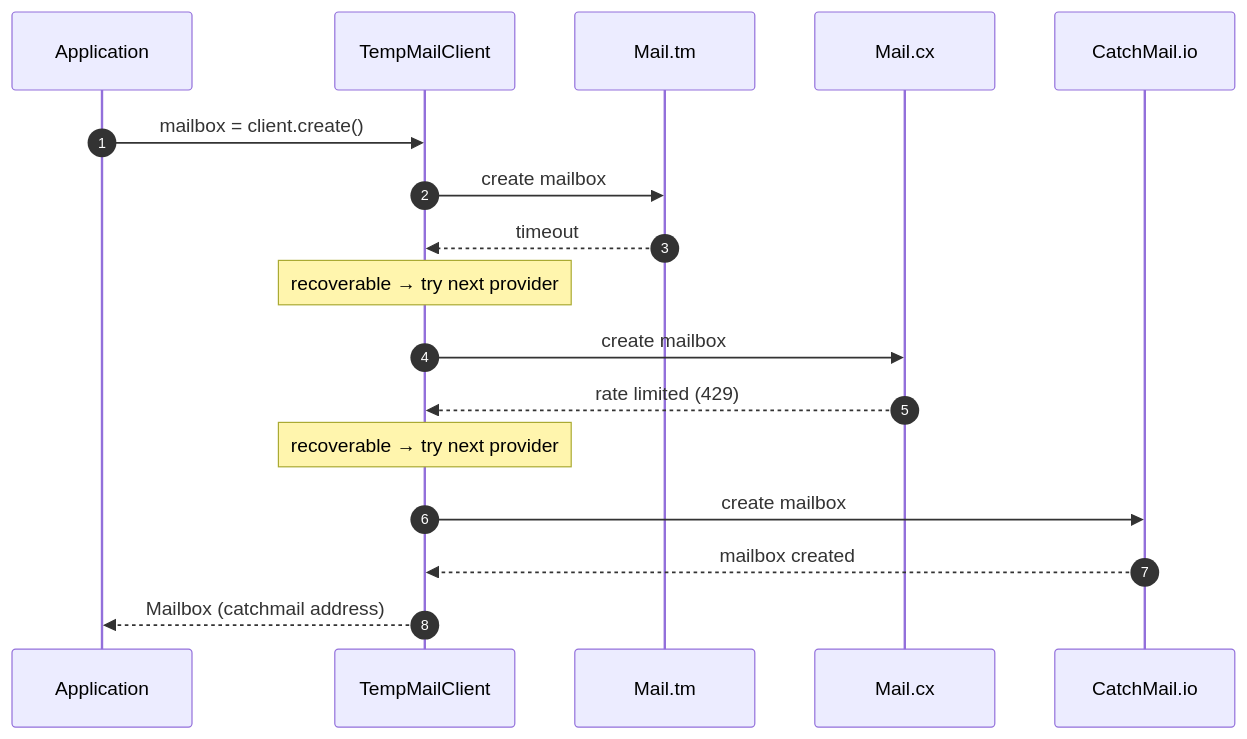
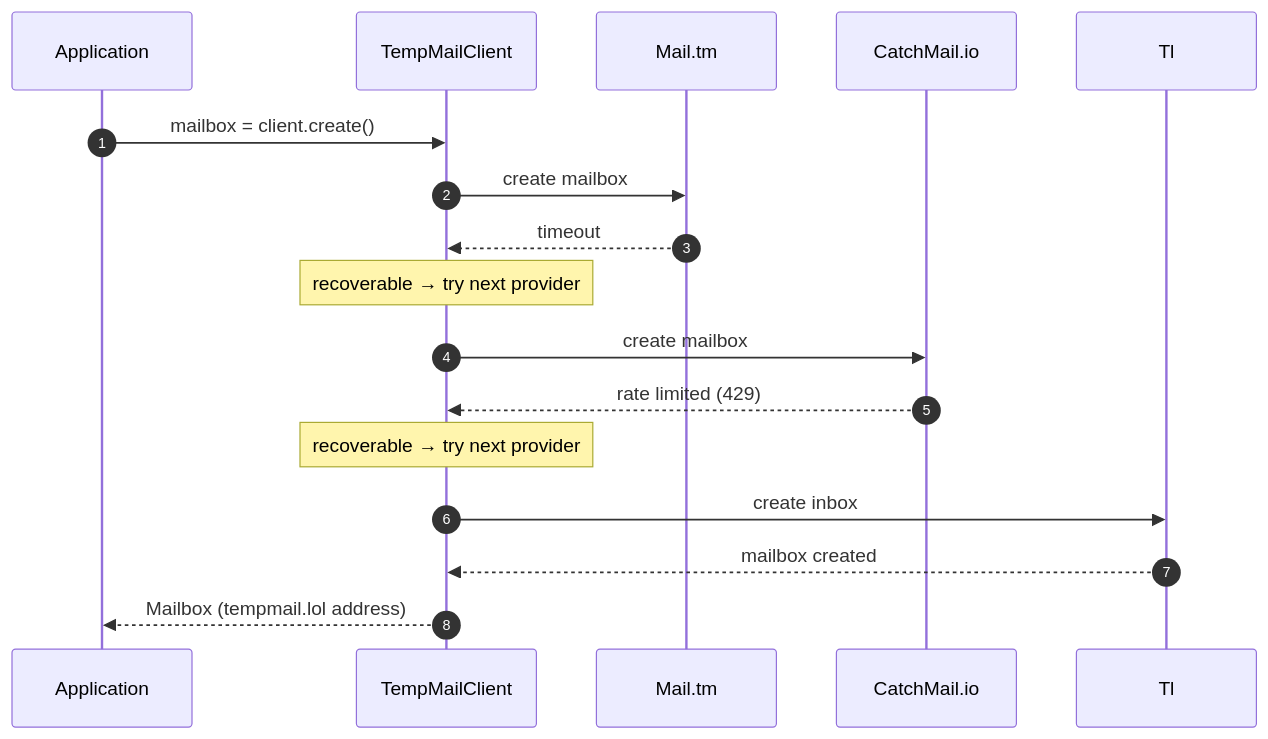
One commit to 0xdzik/multitempmail changed the third of 3 diagrams in README.md. Above: the diagram before and after it, drawn with Mermaid. The commit also changed other lines of this file, not shown here.

````diff
--- a/README.md
+++ b/README.md
@@ -315,20 +331,19 @@
 ```mermaid
 sequenceDiagram
     autonumber
     participant App as Application
     participant C as TempMailClient
     participant Tm as Mail.tm
-    participant Cx as Mail.cx
     participant Ca as CatchMail.io
 
     App->>C: mailbox = client.create()
     C->>Tm: create mailbox
     Tm-->>C: timeout
     Note over C: recoverable → try next provider
-    C->>Cx: create mailbox
-    Cx-->>C: rate limited (429)
+    C->>Ca: create mailbox
+    Ca-->>C: rate limited (429)
     Note over C: recoverable → try next provider
-    C->>Ca: create mailbox
-    Ca-->>C: mailbox created
-    C-->>App: Mailbox (catchmail address)
+    C->>Tl: create inbox
+    Tl-->>C: mailbox created
+    C-->>App: Mailbox (tempmail.lol address)
 ```
````
